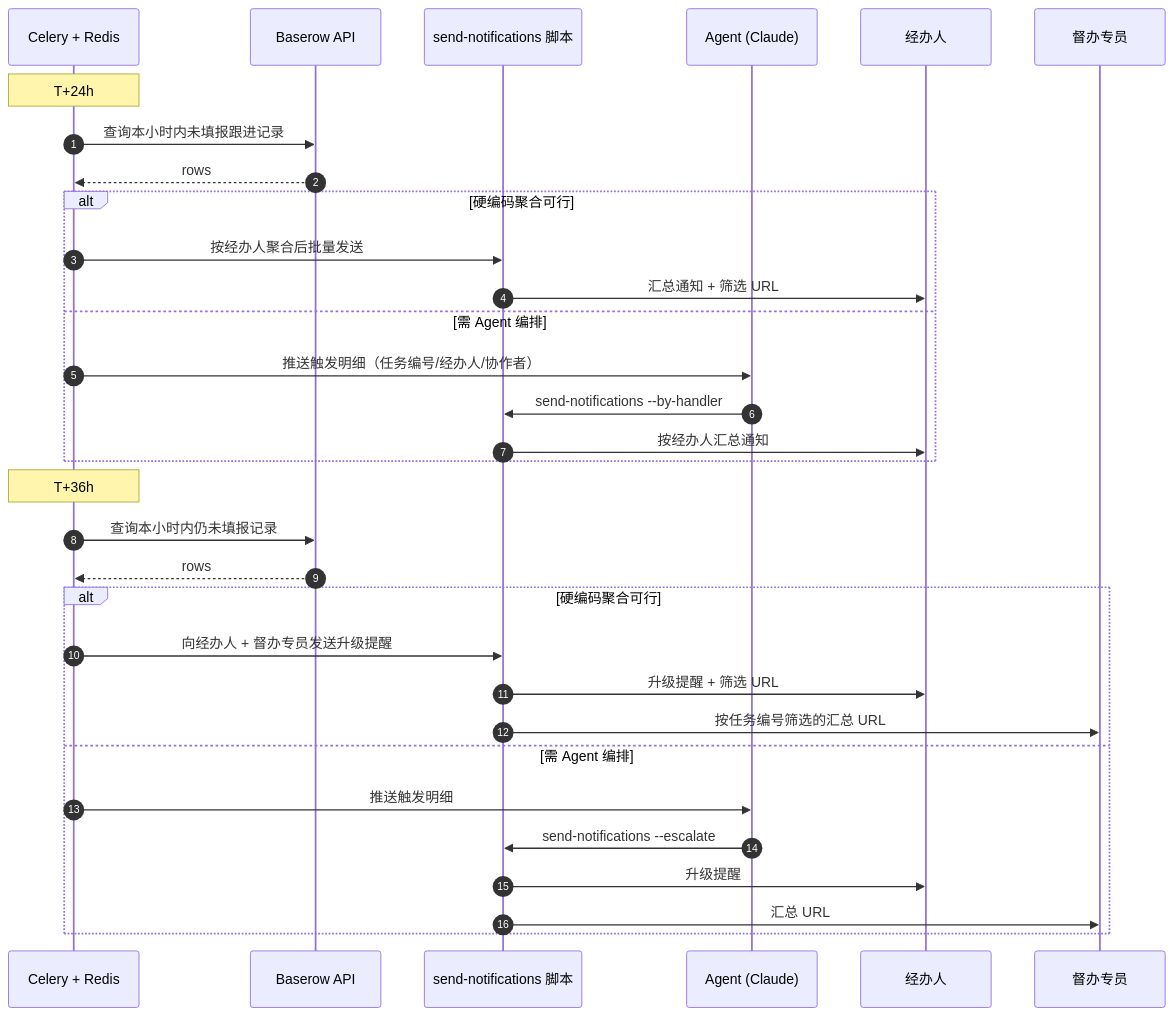
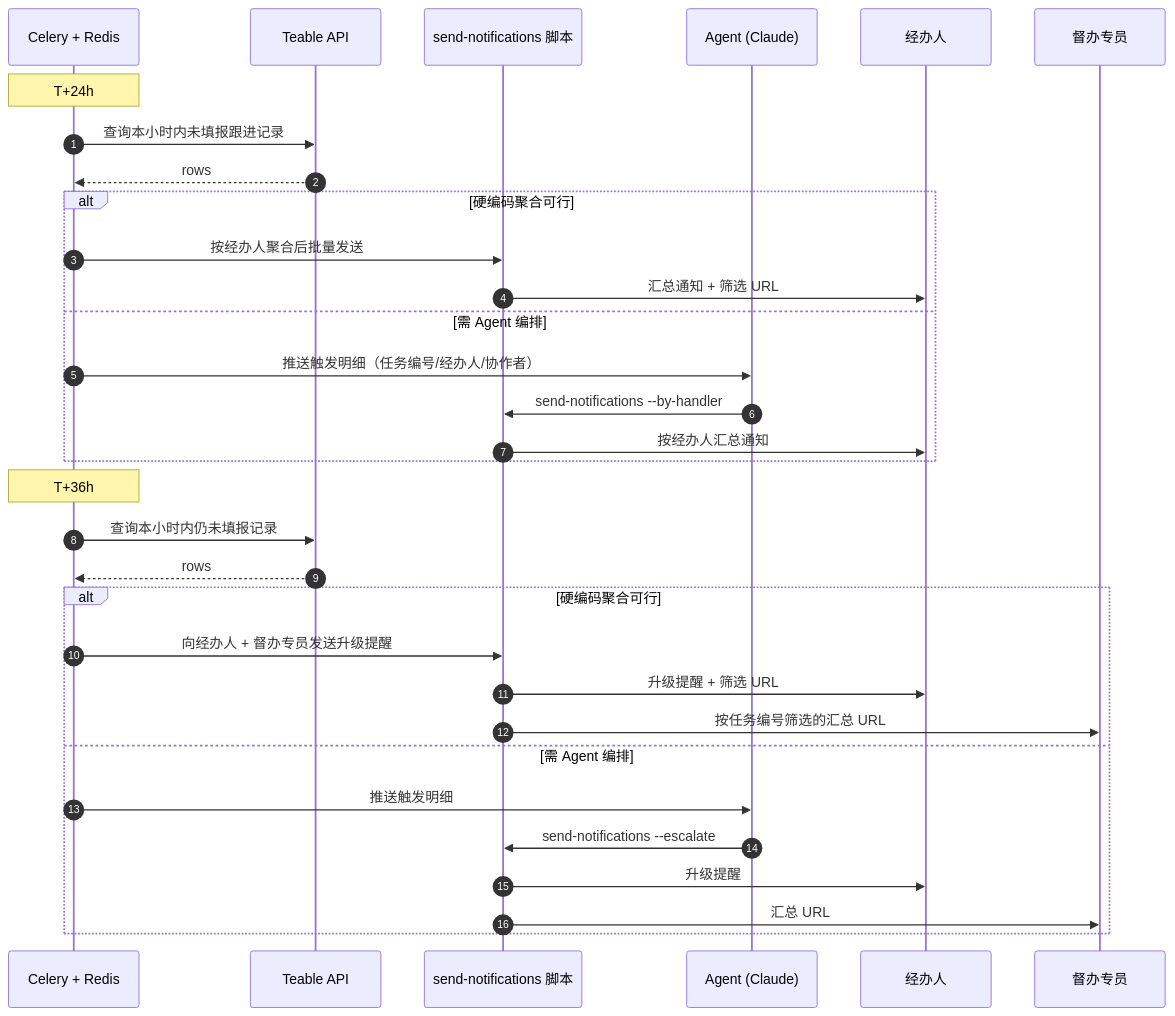
One commit to sushanglewis/WeLink changed the third of 4 diagrams in issue-6/designs/supervision-collab-va/flows.md. Above: the diagram before and after it, drawn with Mermaid. The commit also changed other lines of this file and 13 other files, not shown here.

````diff
--- a/issue-6/designs/supervision-collab-va/flows.md
+++ b/issue-6/designs/supervision-collab-va/flows.md
@@ -54,36 +56,36 @@
 ```mermaid
 sequenceDiagram
     autonumber
     participant Celery as Celery + Redis
-    participant Baserow as Baserow API
+    participant Teable as Teable API
     participant Script as send-notifications 脚本
     participant Agent as Agent (Claude)
     participant 经办人 as 经办人
     participant 专员 as 督办专员
 
     Note over Celery: T+24h
-    Celery->>Baserow: 查询本小时内未填报跟进记录
-    Baserow-->>Celery: rows
+    Celery->>Teable: 查询本小时内未填报跟进记录
+    Teable-->>Celery: rows
     alt 硬编码聚合可行
         Celery->>Script: 按经办人聚合后批量发送
         Script->>经办人: 汇总通知 + 筛选 URL
     else 需 Agent 编排
         Celery->>Agent: 推送触发明细（任务编号/经办人/协作者）
         Agent->>Script: send-notifications --by-handler
         Script->>经办人: 按经办人汇总通知
     end
 
     Note over Celery: T+36h
-    Celery->>Baserow: 查询本小时内仍未填报记录
-    Baserow-->>Celery: rows
+    Celery->>Teable: 查询本小时内仍未填报记录
+    Teable-->>Celery: rows
     alt 硬编码聚合可行
         Celery->>Script: 向经办人 + 督办专员发送升级提醒
         Script->>经办人: 升级提醒 + 筛选 URL
         Script->>专员: 按任务编号筛选的汇总 URL
     else 需 Agent 编排
         Celery->>Agent: 推送触发明细
         Agent->>Script: send-notifications --escalate
         Script->>经办人: 升级提醒
         Script->>专员: 汇总 URL
     end
 ```
````
